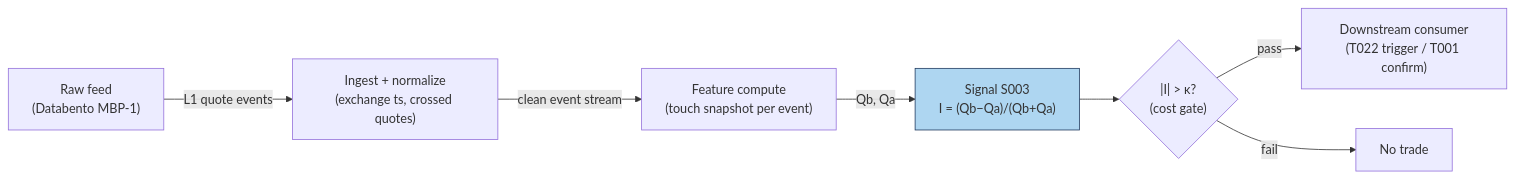
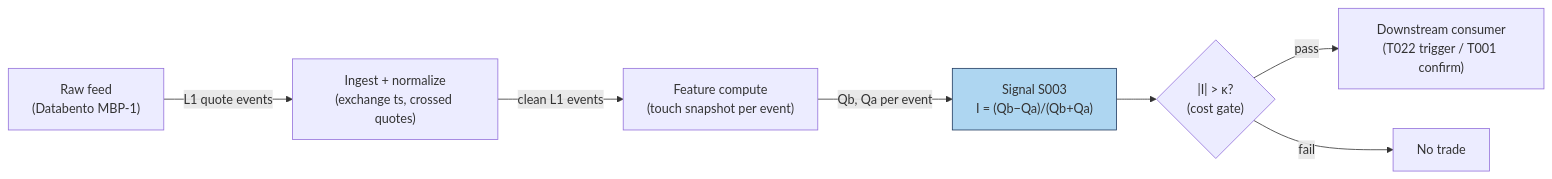
One commit to praveenguptahcl/quant-signals-deep changed the diagram in batches/SB1/S003.md. Above: the diagram before and after it, drawn with Mermaid. The commit also changed 367 other files, not shown here.

````diff
--- a/batches/SB1/S003.md
+++ b/batches/SB1/S003.md
@@ -167,10 +167,10 @@
 ```mermaid
 flowchart LR
     FEED["Raw feed\n(Databento MBP-1)"] -->|L1 quote events| ING["Ingest + normalize\n(exchange ts, crossed quotes)"]
-    ING -->|clean event stream| FEAT["Feature compute\n(touch snapshot per event)"]
-    FEAT -->|Qb, Qa| SIG["Signal S003\nI = (Qb−Qa)/(Qb+Qa)"]
+    ING -->|clean L1 events| FEAT["Feature compute\n(touch snapshot per event)"]
+    FEAT -->|Qb, Qa per event| SIG["Signal S003\nI = (Qb−Qa)/(Qb+Qa)"]
     SIG --> GATE{"|I| > κ?\n(cost gate)"}
     GATE -->|pass| OUT["Downstream consumer\n(T022 trigger / T001 confirm)"]
     GATE -->|fail| DROP["No trade"]
     style SIG fill:#aed6f1,stroke:#1f3a5f
 ```
````
